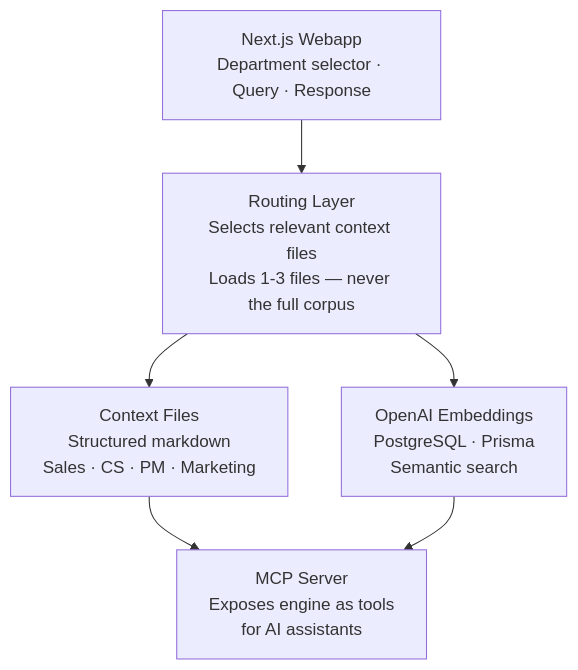
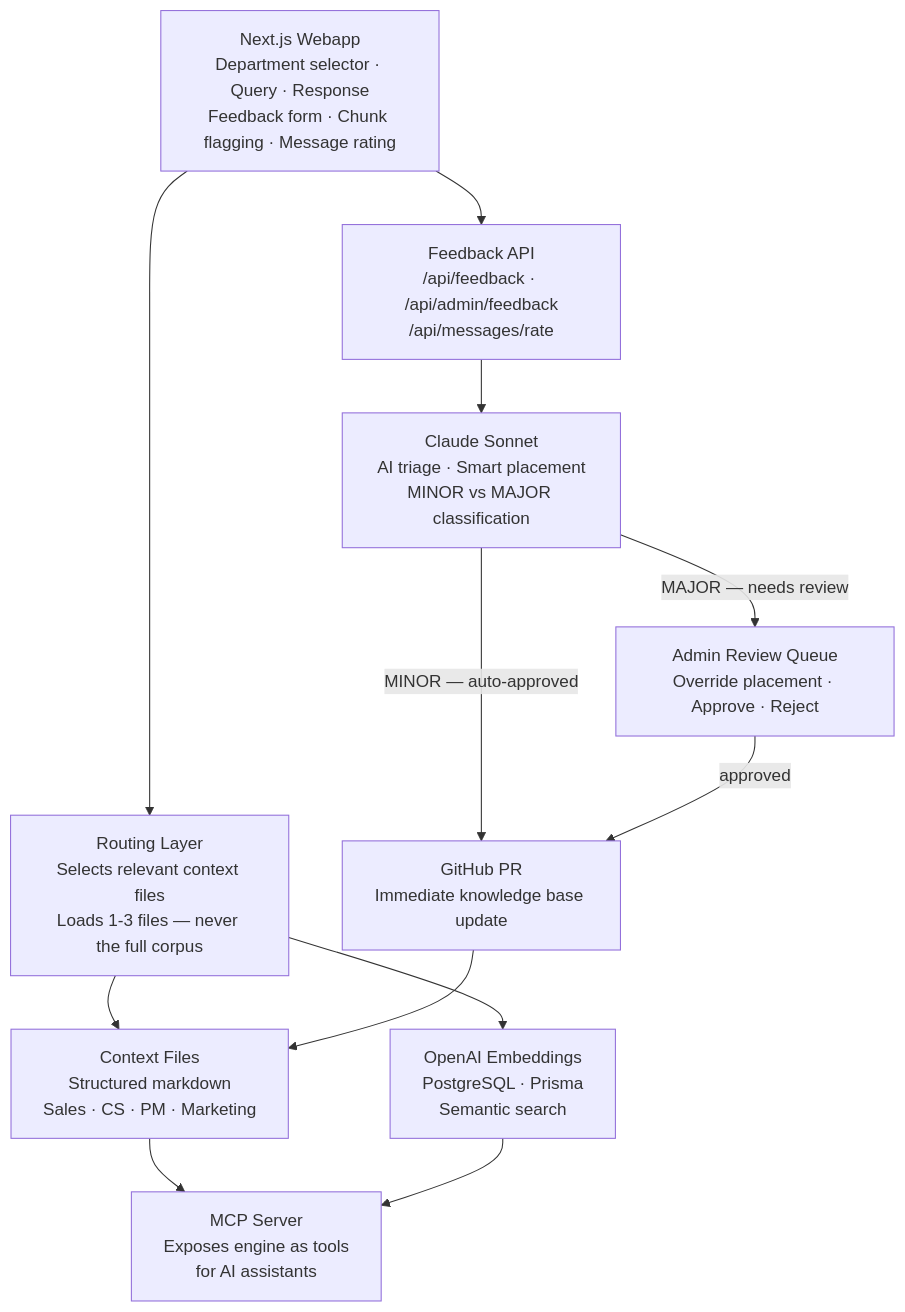
The first of 2 diagrams in README.md (chrisgeaton/livedata-context-engine-case-study), drawn with Mermaid before and after one commit. The commit also changed other lines of this file, not shown here.

Commit message:
Add feedback system documentation with triage flow diagrams

````diff
--- a/README.md
+++ b/README.md
@@ -62,8 +85,14 @@
 ```mermaid
 flowchart TD
-    A["Next.js Webapp\nDepartment selector · Query · Response"] --> B["Routing Layer\nSelects relevant context files\nLoads 1-3 files — never the full corpus"]
+    A["Next.js Webapp\nDepartment selector · Query · Response\nFeedback form · Chunk flagging · Message rating"] --> B["Routing Layer\nSelects relevant context files\nLoads 1-3 files — never the full corpus"]
     B --> C["Context Files\nStructured markdown\nSales · CS · PM · Marketing"]
     B --> D["OpenAI Embeddings\nPostgreSQL · Prisma\nSemantic search"]
     C --> E["MCP Server\nExposes engine as tools\nfor AI assistants"]
     D --> E
+    A --> F["Feedback API\n/api/feedback · /api/admin/feedback\n/api/messages/rate"]
+    F --> G["Claude Sonnet\nAI triage · Smart placement\nMINOR vs MAJOR classification"]
+    G -->|MINOR — auto-approved| H["GitHub PR\nImmediate knowledge base update"]
+    G -->|MAJOR — needs review| I["Admin Review Queue\nOverride placement · Approve · Reject"]
+    I -->|approved| H
+    H --> C
 ```
````
